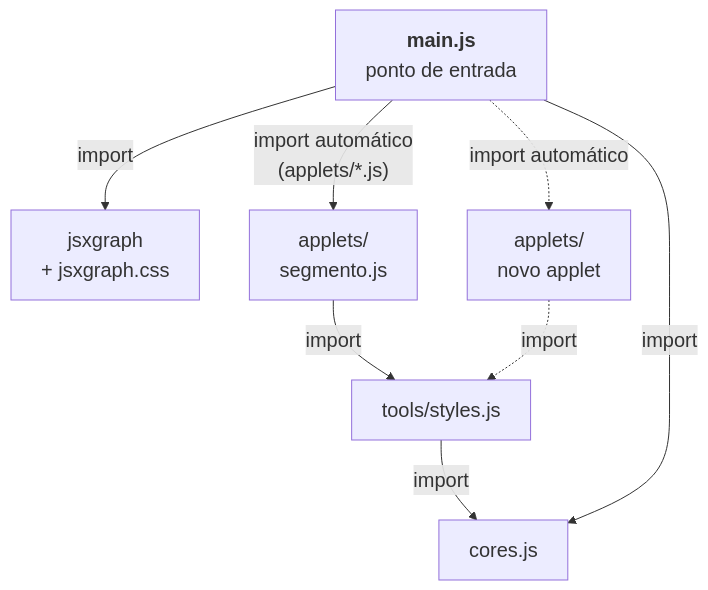
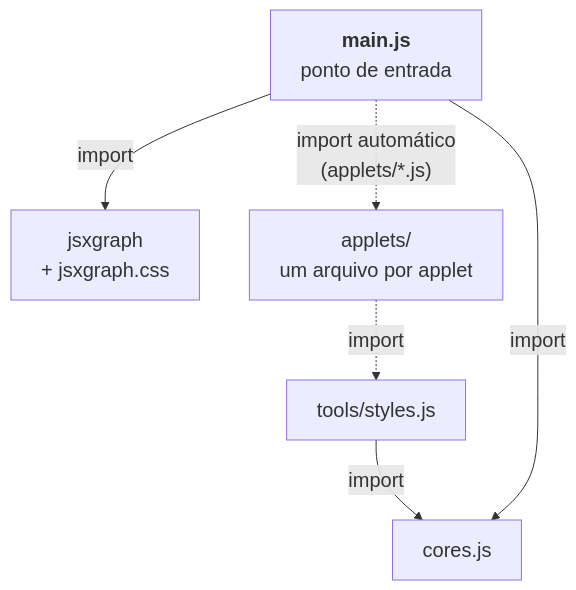
One commit to lcmerlo/livro-online-fcg changed the fifth of 9 diagrams in _interno/diretrizes/arquitetura.md. Above: the diagram before and after it, drawn with Mermaid. The commit also changed other lines of this file and 13 other files, not shown here.

Commit message:
Remove o applet de segmento

````diff
--- a/_interno/diretrizes/arquitetura.md
+++ b/_interno/diretrizes/arquitetura.md
@@ -289,18 +289,15 @@
 ```mermaid
 %%{init: {"themeVariables": {"fontSize": "20px"}, "flowchart": {"wrappingWidth": 420}}}%%
 flowchart TD
     main["<b>main.js</b><br/>ponto de entrada"]
     jxg["jsxgraph<br/>+ jsxgraph.css"]
-    seg["applets/<br/>segmento.js"]
-    novo["applets/<br/>novo applet"]
+    novo["applets/<br/>um arquivo por applet"]
     styles["tools/styles.js"]
     cores["cores.js"]
 
     main -->|"import"| jxg
-    main -->|"import automático<br/>(applets/*.js)"| seg
-    main -.->|"import automático"| novo
-    seg -->|"import"| styles
+    main -.->|"import automático<br/>(applets/*.js)"| novo
     novo -.->|"import"| styles
     styles -->|"import"| cores
     main -->|"import"| cores
 ```
````
